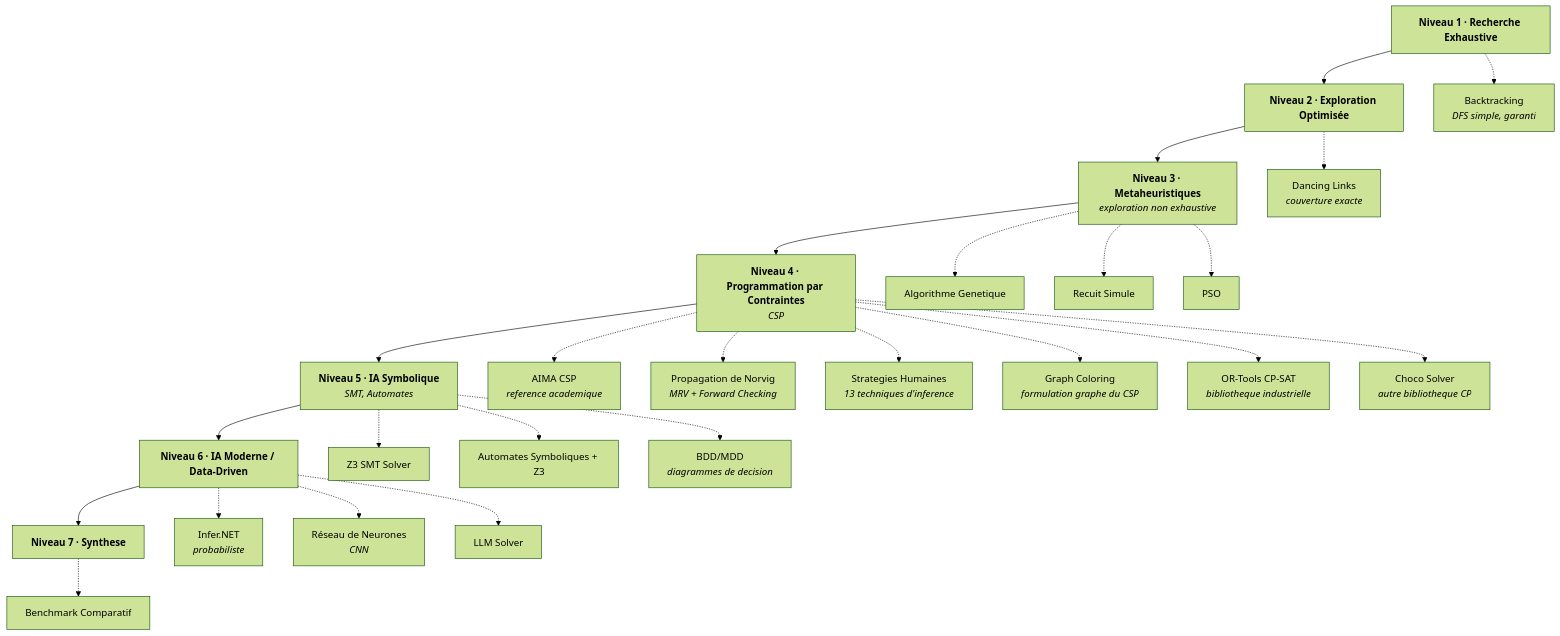
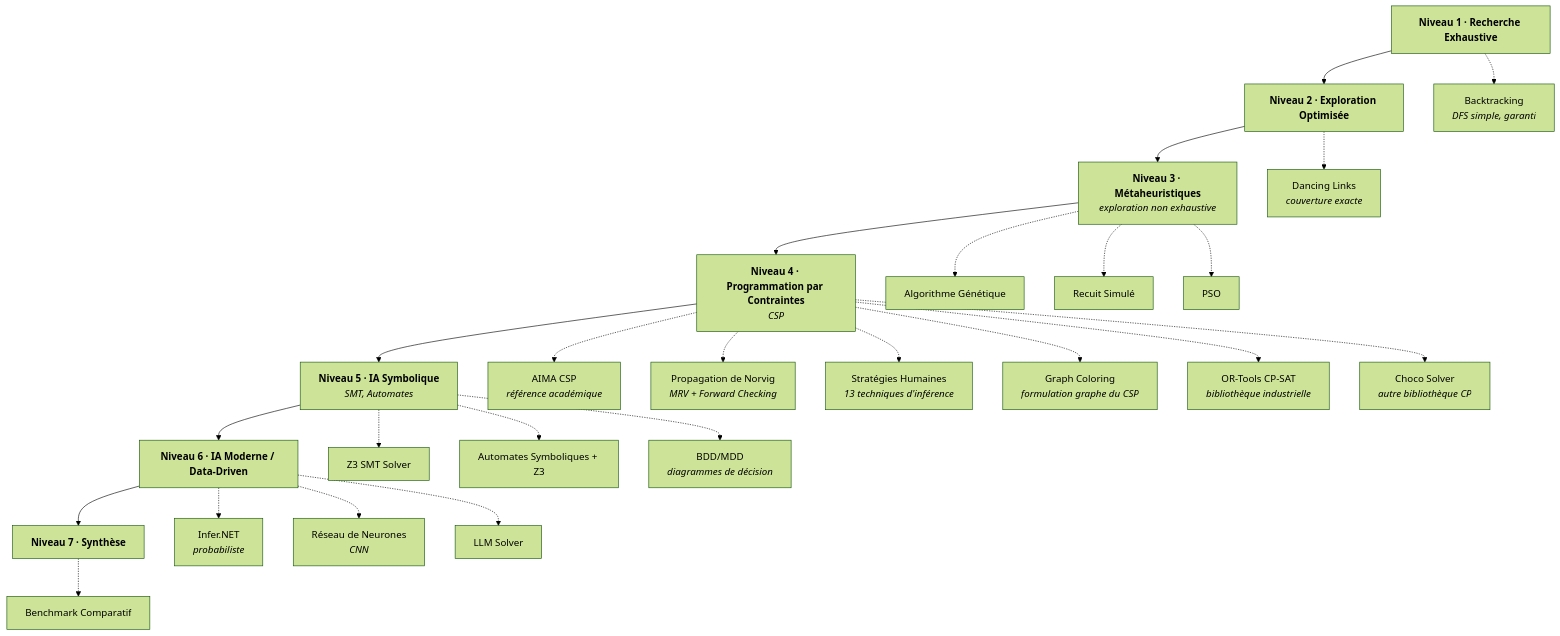
One commit to jsboige/CoursIA changed the diagram in MyIA.AI.Notebooks/Sudoku/README.md. Above: the diagram before and after it, drawn with Mermaid (forest theme). The commit also changed other lines of this file, not shown here.

````diff
--- a/MyIA.AI.Notebooks/Sudoku/README.md
+++ b/MyIA.AI.Notebooks/Sudoku/README.md
@@ -99,31 +99,31 @@
 ```mermaid
 flowchart TD
     N1["<b>Niveau 1 · Recherche Exhaustive</b>"]
     N2["<b>Niveau 2 · Exploration Optimisée</b>"]
-    N3["<b>Niveau 3 · Metaheuristiques</b><br/><i>exploration non exhaustive</i>"]
+    N3["<b>Niveau 3 · Métaheuristiques</b><br/><i>exploration non exhaustive</i>"]
     N4["<b>Niveau 4 · Programmation par Contraintes</b><br/><i>CSP</i>"]
     N5["<b>Niveau 5 · IA Symbolique</b><br/><i>SMT, Automates</i>"]
     N6["<b>Niveau 6 · IA Moderne / Data-Driven</b>"]
-    N7["<b>Niveau 7 · Synthese</b>"]
+    N7["<b>Niveau 7 · Synthèse</b>"]
 
     N1 --> N2 --> N3 --> N4 --> N5 --> N6 --> N7
 
     N1 -.-> BT["Backtracking<br/><i>DFS simple, garanti</i>"]
     N2 -.-> DL["Dancing Links<br/><i>couverture exacte</i>"]
-    N3 -.-> GA["Algorithme Genetique"]
-    N3 -.-> SA["Recuit Simule"]
+    N3 -.-> GA["Algorithme Génétique"]
+    N3 -.-> SA["Recuit Simulé"]
     N3 -.-> PSO["PSO"]
-    N4 -.-> AIMA["AIMA CSP<br/><i>reference academique</i>"]
+    N4 -.-> AIMA["AIMA CSP<br/><i>référence académique</i>"]
     N4 -.-> NOR["Propagation de Norvig<br/><i>MRV + Forward Checking</i>"]
-    N4 -.-> HUM["Strategies Humaines<br/><i>13 techniques d'inference</i>"]
+    N4 -.-> HUM["Stratégies Humaines<br/><i>13 techniques d'inférence</i>"]
     N4 -.-> GC["Graph Coloring<br/><i>formulation graphe du CSP</i>"]
-    N4 -.-> OR["OR-Tools CP-SAT<br/><i>bibliotheque industrielle</i>"]
-    N4 -.-> CHO["Choco Solver<br/><i>autre bibliotheque CP</i>"]
+    N4 -.-> OR["OR-Tools CP-SAT<br/><i>bibliothèque industrielle</i>"]
+    N4 -.-> CHO["Choco Solver<br/><i>autre bibliothèque CP</i>"]
     N5 -.-> Z3["Z3 SMT Solver"]
     N5 -.-> AUT["Automates Symboliques + Z3"]
-    N5 -.-> BDD["BDD/MDD<br/><i>diagrammes de decision</i>"]
+    N5 -.-> BDD["BDD/MDD<br/><i>diagrammes de décision</i>"]
     N6 -.-> INF["Infer.NET<br/><i>probabiliste</i>"]
     N6 -.-> CNN["Réseau de Neurones<br/><i>CNN</i>"]
     N6 -.-> LLM["LLM Solver"]
     N7 -.-> BENCH["Benchmark Comparatif"]
 ```
````
